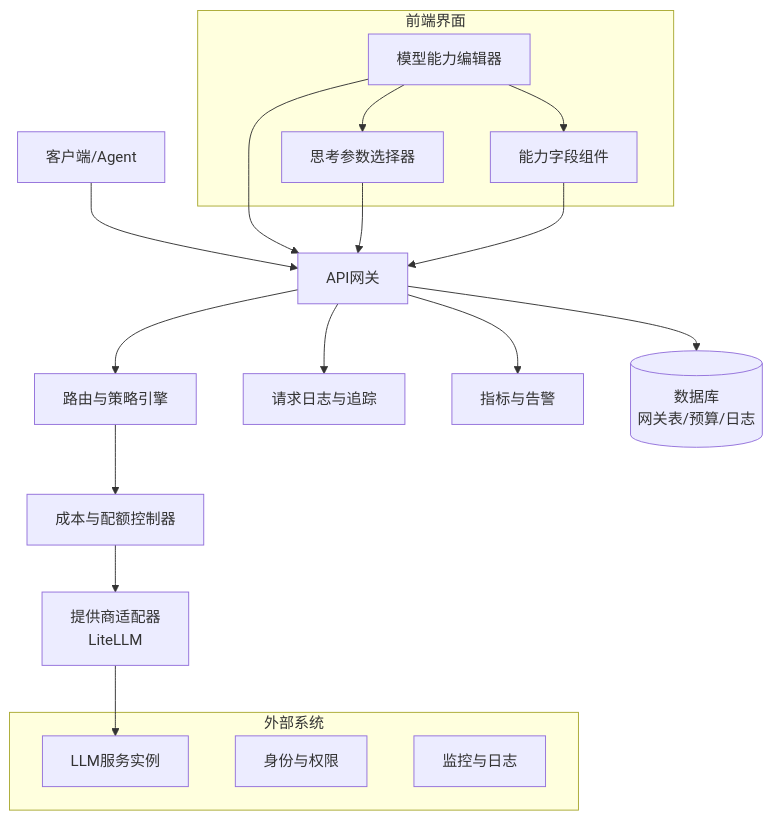
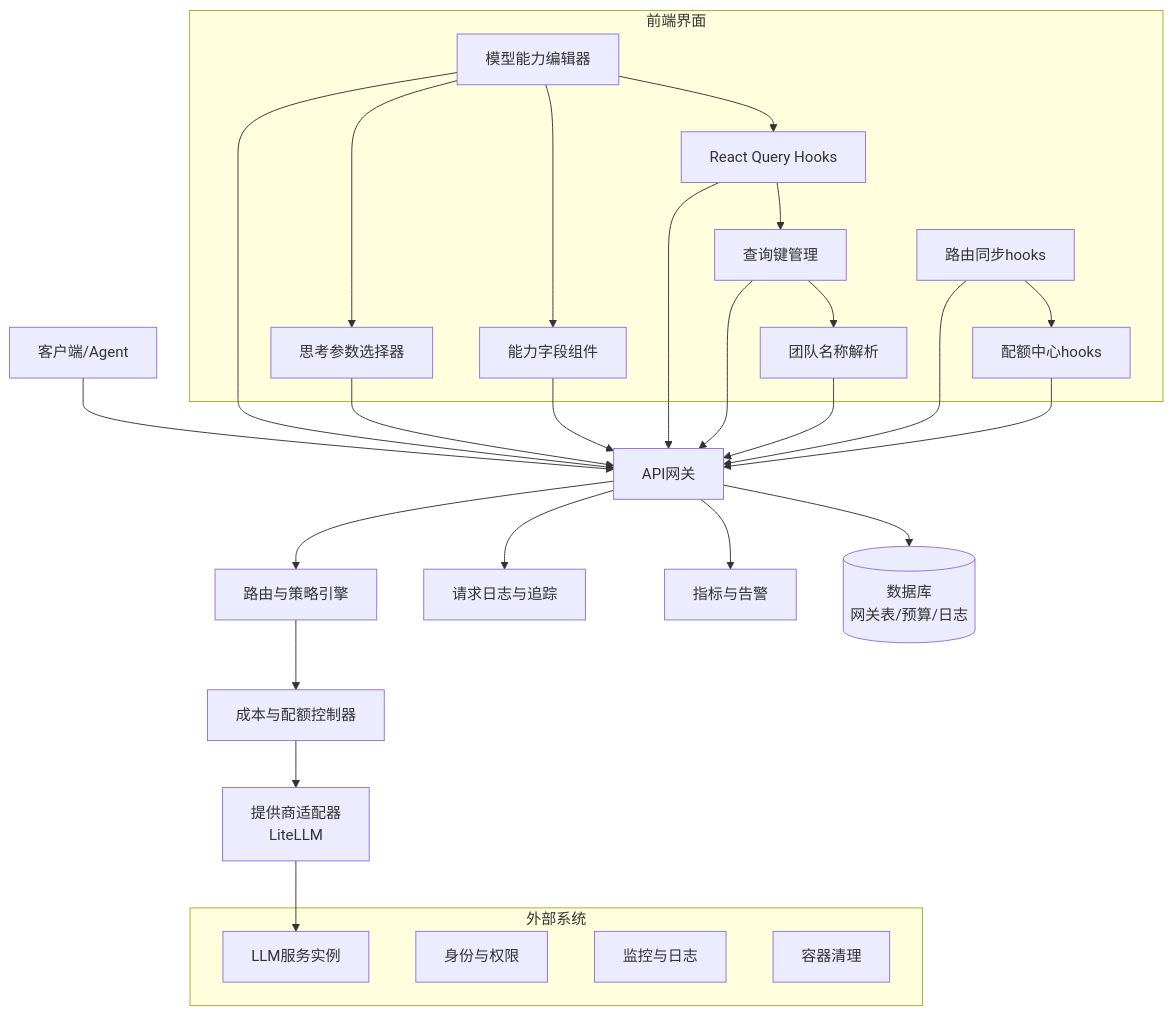
The second of 20 diagrams in .qoder/repowiki/zh/content/网关服务架构/网关服务架构.md (tianyehedashu/ai-agent), drawn with Mermaid before and after one commit. The commit also changed other lines of this file and 50 other files, not shown here.

````diff
--- a/.qoder/repowiki/zh/content/网关服务架构/网关服务架构.md
+++ b/.qoder/repowiki/zh/content/网关服务架构/网关服务架构.md
@@ -170,26 +202,41 @@
 ```mermaid
 graph TB
 Client["客户端/Agent"] --> API["API网关"]
 API --> Router["路由与策略引擎"]
 Router --> Cost["成本与配额控制器"]
 Cost --> Provider["提供商适配器<br/>LiteLLM"]
 Provider --> LLM["LLM服务实例"]
 API --> Logger["请求日志与追踪"]
 API --> Metrics["指标与告警"]
 API --> DB[("数据库<br/>网关表/预算/日志")]
 subgraph "前端界面"
 FE_Editor["模型能力编辑器"]
 FE_Select["思考参数选择器"]
 FE_Field["能力字段组件"]
+FE_Hooks["React Query Hooks"]
+FE_QueryKeys["查询键管理"]
+FE_TeamResolve["团队名称解析"]
+FE_RouteSync["路由同步hooks"]
+FE_QuotaCenter["配额中心hooks"]
 FE_Editor --> FE_Select
 FE_Editor --> FE_Field
+FE_Editor --> FE_Hooks
+FE_Hooks --> FE_QueryKeys
+FE_QueryKeys --> FE_TeamResolve
+FE_RouteSync --> FE_QuotaCenter
 end
 subgraph "外部系统"
 LLM
 IAM["身份与权限"]
 MON["监控与日志"]
+CLEANUP["容器清理"]
 end
 FE_Editor --> API
 FE_Select --> API
 FE_Field --> API
+FE_Hooks --> API
+FE_QueryKeys --> API
+FE_TeamResolve --> API
+FE_RouteSync --> API
+FE_QuotaCenter --> API
 ```
````
